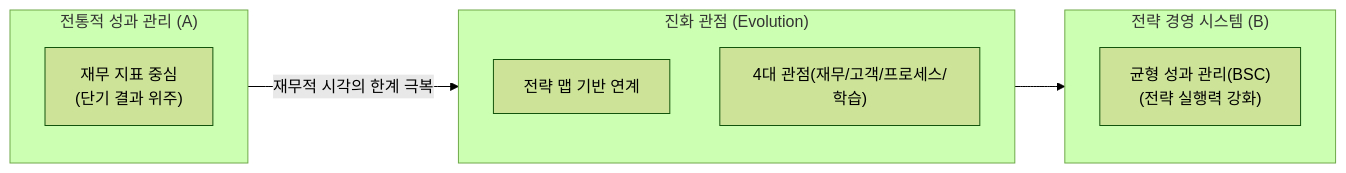
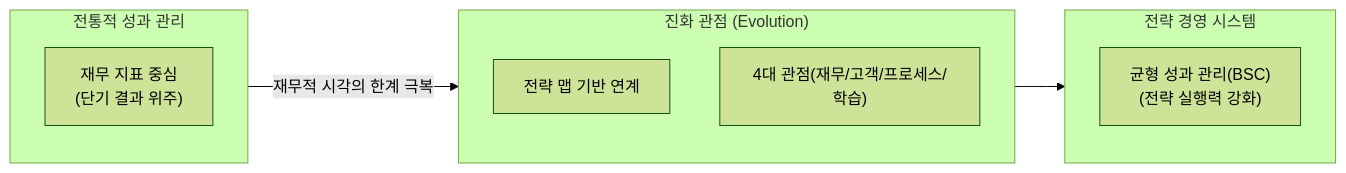
The first of 2 diagrams in docs/01-it-governance/bsc.md (jeonck/fw-thinking), drawn with Mermaid (forest theme) before and after one commit. The commit also changed 92 other files, not shown here.

````diff
--- a/docs/01-it-governance/bsc.md
+++ b/docs/01-it-governance/bsc.md
@@ -21,19 +21,19 @@
 ```mermaid
 flowchart LR
-    subgraph A["전통적 성과 관리 (A)"]
+    subgraph A["전통적 성과 관리 "]
         A1["재무 지표 중심<br/>(단기 결과 위주)"]
     end
 
     subgraph TRANS["진화 관점 (Evolution)"]
         direction TB
         T1["전략 맵 기반 연계"]
         T2["4대 관점(재무/고객/프로세스/학습)"]
     end
 
-    subgraph B["전략 경영 시스템 (B)"]
+    subgraph B["전략 경영 시스템 "]
         B1["균형 성과 관리(BSC)<br/>(전략 실행력 강화)"]
     end
 
     A -- "재무적 시각의 한계 극복" --> TRANS
     TRANS --> B
 ```
````
